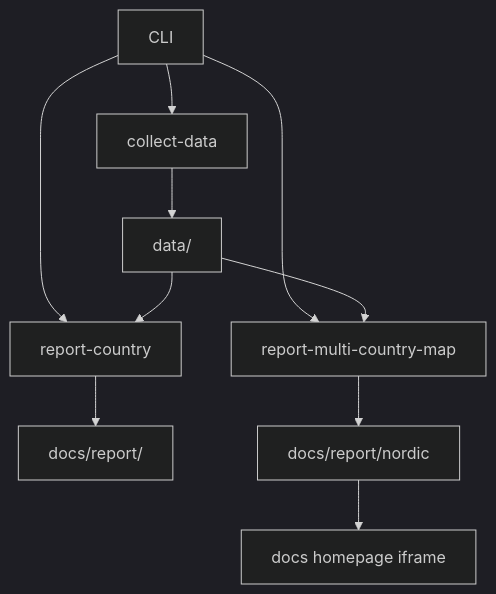
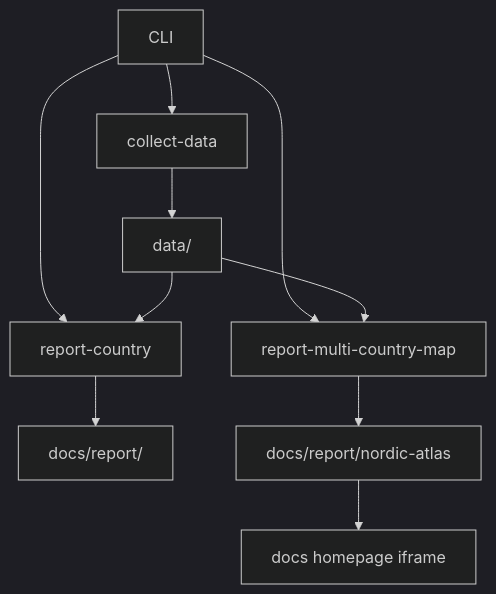
Before and after one commit to bijux/bijux-pollenomics: the diagram in docs/architecture/system-overview.md, drawn with Mermaid (dark theme). The commit also changed other lines of this file and 3 other files, not shown here.

Commit message:
docs(architecture): document publication flow boundaries

````diff
--- a/docs/architecture/system-overview.md
+++ b/docs/architecture/system-overview.md
@@ -25,12 +25,12 @@
 ```mermaid
 flowchart TD
     CLI[CLI] --> Collect[collect-data]
     Collect --> DataTree[data/]
     CLI --> ReportCountry[report-country]
     CLI --> ReportMap[report-multi-country-map]
     DataTree --> ReportCountry
     DataTree --> ReportMap
     ReportCountry --> DocsReport[docs/report/<country>]
-    ReportMap --> DocsNordic[docs/report/nordic]
+    ReportMap --> DocsNordic[docs/report/nordic-atlas]
     DocsNordic --> MkDocs[docs homepage iframe]
 ```
````
